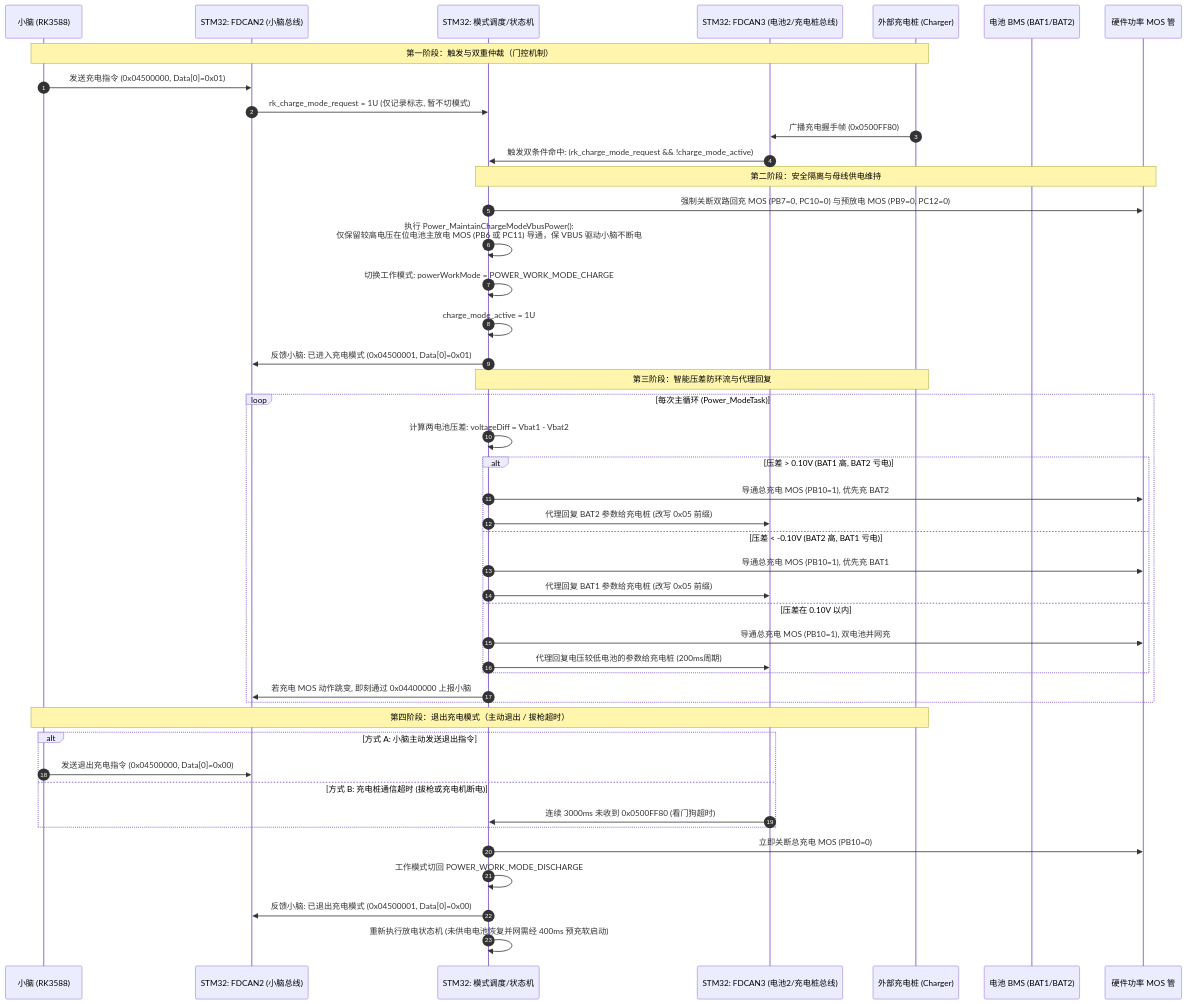
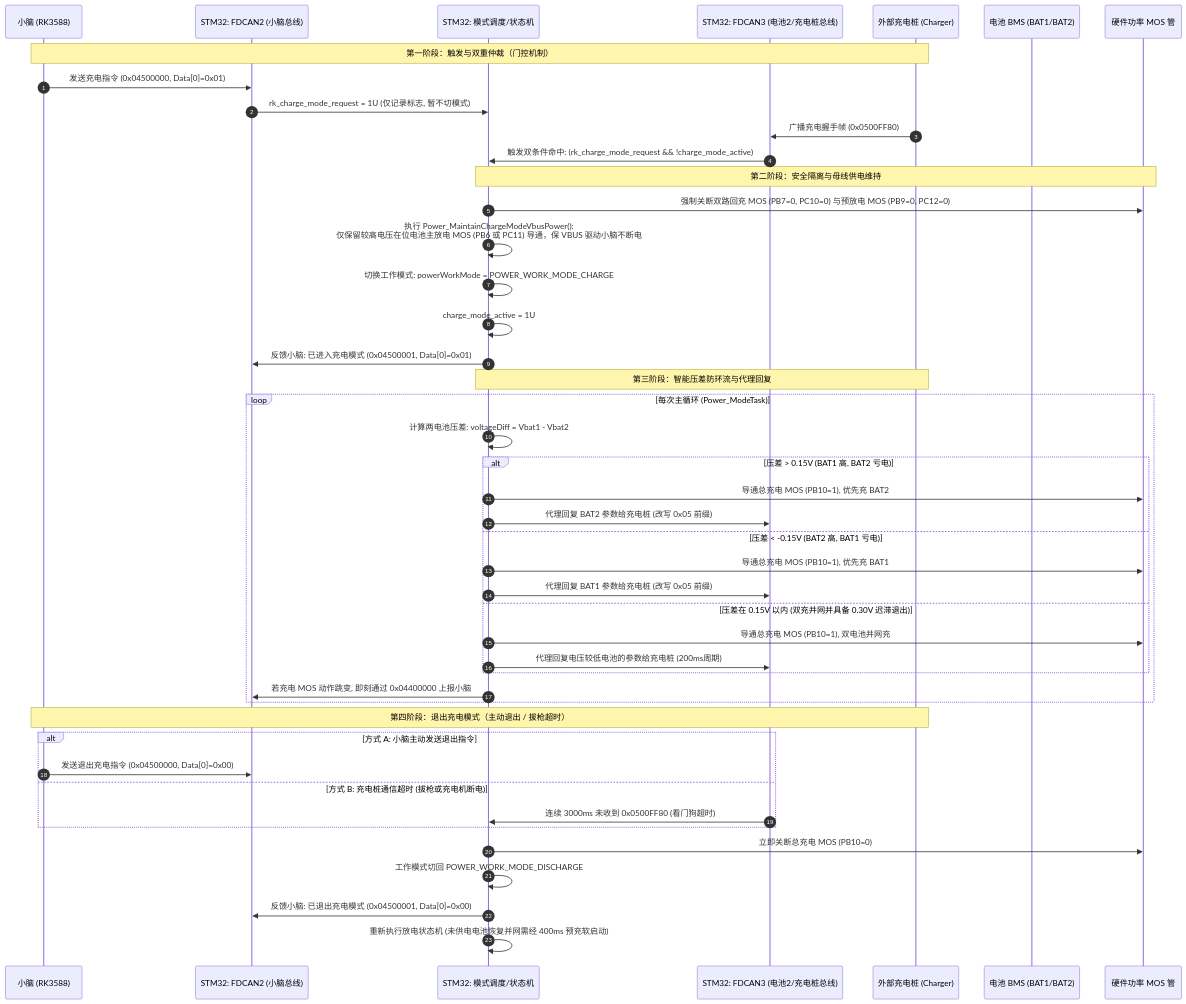
Before and after one commit to wajmh/D-Y: the first of 2 diagrams in 充电控制逻辑与协议交互.md, drawn with Mermaid. The commit also changed other lines of this file and 4 other files, not shown here.

````diff
--- a/充电控制逻辑与协议交互.md
+++ b/充电控制逻辑与协议交互.md
@@ -70,51 +70,51 @@
 ```mermaid
 sequenceDiagram
     autonumber
     participant RK as 小脑 (RK3588)
     participant CAN2 as STM32: FDCAN2 (小脑总线)
     participant CORE as STM32: 模式调度/状态机
     participant CAN3 as STM32: FDCAN3 (电池2/充电桩总线)
     participant PLUG as 外部充电桩 (Charger)
     participant BMS as 电池 BMS (BAT1/BAT2)
     participant MOS as 硬件功率 MOS 管
 
     Note over RK,PLUG: 第一阶段：触发与双重仲裁（门控机制）
     RK->>CAN2: 发送充电指令 (0x04500000, Data[0]=0x01)
     CAN2->>CORE: rk_charge_mode_request = 1U (仅记录标志, 暂不切模式)
     PLUG->>CAN3: 广播充电握手帧 (0x0500FF80)
     CAN3->>CORE: 触发双条件命中: (rk_charge_mode_request && !charge_mode_active)
 
     Note over CORE,MOS: 第二阶段：安全隔离与母线供电维持
     CORE->>MOS: 强制关断双路回充 MOS (PB7=0, PC10=0) 与预放电 MOS (PB9=0, PC12=0)
     CORE->>CORE: 执行 Power_MaintainChargeModeVbusPower():<br/>仅保留较高电压在位电池主放电 MOS (PB6 或 PC11) 导通，保 VBUS 驱动小脑不断电
     CORE->>CORE: 切换工作模式: powerWorkMode = POWER_WORK_MODE_CHARGE
     CORE->>CORE: charge_mode_active = 1U
     CORE->>CAN2: 反馈小脑: 已进入充电模式 (0x04500001, Data[0]=0x01)
 
     Note over CORE,PLUG: 第三阶段：智能压差防环流与代理回复
     loop 每次主循环 (Power_ModeTask)
         CORE->>CORE: 计算两电池压差: voltageDiff = Vbat1 - Vbat2
-        alt 压差 > 0.10V (BAT1 高, BAT2 亏电)
+        alt 压差 > 0.15V (BAT1 高, BAT2 亏电)
             CORE->>MOS: 导通总充电 MOS (PB10=1), 优先充 BAT2
             CORE->>CAN3: 代理回复 BAT2 参数给充电桩 (改写 0x05 前缀)
-        else 压差 < -0.10V (BAT2 高, BAT1 亏电)
+        else 压差 < -0.15V (BAT2 高, BAT1 亏电)
             CORE->>MOS: 导通总充电 MOS (PB10=1), 优先充 BAT1
             CORE->>CAN3: 代理回复 BAT1 参数给充电桩 (改写 0x05 前缀)
-        else 压差在 0.10V 以内
+        else 压差在 0.15V 以内 (双充并网并具备 0.30V 迟滞退出)
             CORE->>MOS: 导通总充电 MOS (PB10=1), 双电池并网充
             CORE->>CAN3: 代理回复电压较低电池的参数给充电桩 (200ms周期)
         end
         CORE->>CAN2: 若充电 MOS 动作跳变, 即刻通过 0x04400000 上报小脑
     end
 
     Note over RK,PLUG: 第四阶段：退出充电模式（主动退出 / 拔枪超时）
     alt 方式 A: 小脑主动发送退出指令
         RK->>CAN2: 发送退出充电指令 (0x04500000, Data[0]=0x00)
     else 方式 B: 充电桩通信超时 (拔枪或充电机断电)
         CAN3->>CORE: 连续 3000ms 未收到 0x0500FF80 (看门狗超时)
     end
     CORE->>MOS: 立即关断总充电 MOS (PB10=0)
     CORE->>CORE: 工作模式切回 POWER_WORK_MODE_DISCHARGE
     CORE->>CAN2: 反馈小脑: 已退出充电模式 (0x04500001, Data[0]=0x00)
     CORE->>CORE: 重新执行放电状态机 (未供电电池恢复并网需经 400ms 预充软启动)
 ```
````
